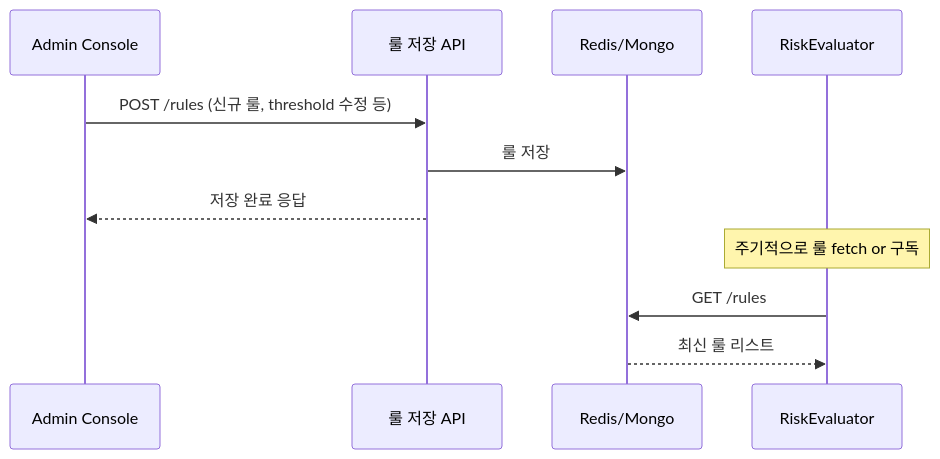
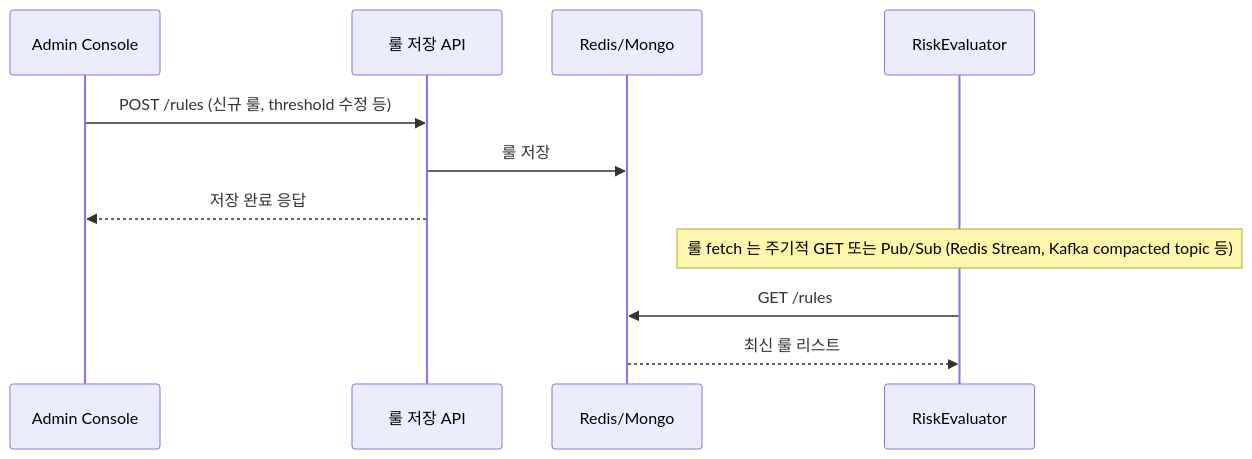
The fourth of 7 diagrams in docs/SequenceDiagram.md (hyungkishin/FDS-System), drawn with Mermaid before and after one commit. The commit also changed other lines of this file and 3 other files, not shown here.

Commit message:
fix: ERD / infra ( 이벤트 기반 ) 보완 - account_balance 테이블 추가 - infra 이벤트 기반 uml 수정

````diff
--- a/docs/SequenceDiagram.md
+++ b/docs/SequenceDiagram.md
@@ -87,15 +87,15 @@
 ```mermaid
 sequenceDiagram
     participant AdminUI as Admin Console
     participant RuleAPI as 룰 저장 API
     participant RuleStore as Redis/Mongo
     participant RiskEval as RiskEvaluator
 
     AdminUI->>RuleAPI: POST /rules (신규 룰, threshold 수정 등)
     RuleAPI->>RuleStore: 룰 저장
     RuleAPI-->>AdminUI: 저장 완료 응답
 
-    Note over RiskEval: 주기적으로 룰 fetch or 구독
+    Note over RiskEval: 룰 fetch 는 주기적 GET 또는 Pub/Sub (Redis Stream, Kafka compacted topic 등)
     RiskEval->>RuleStore: GET /rules
     RuleStore-->>RiskEval: 최신 룰 리스트
 ```
````
